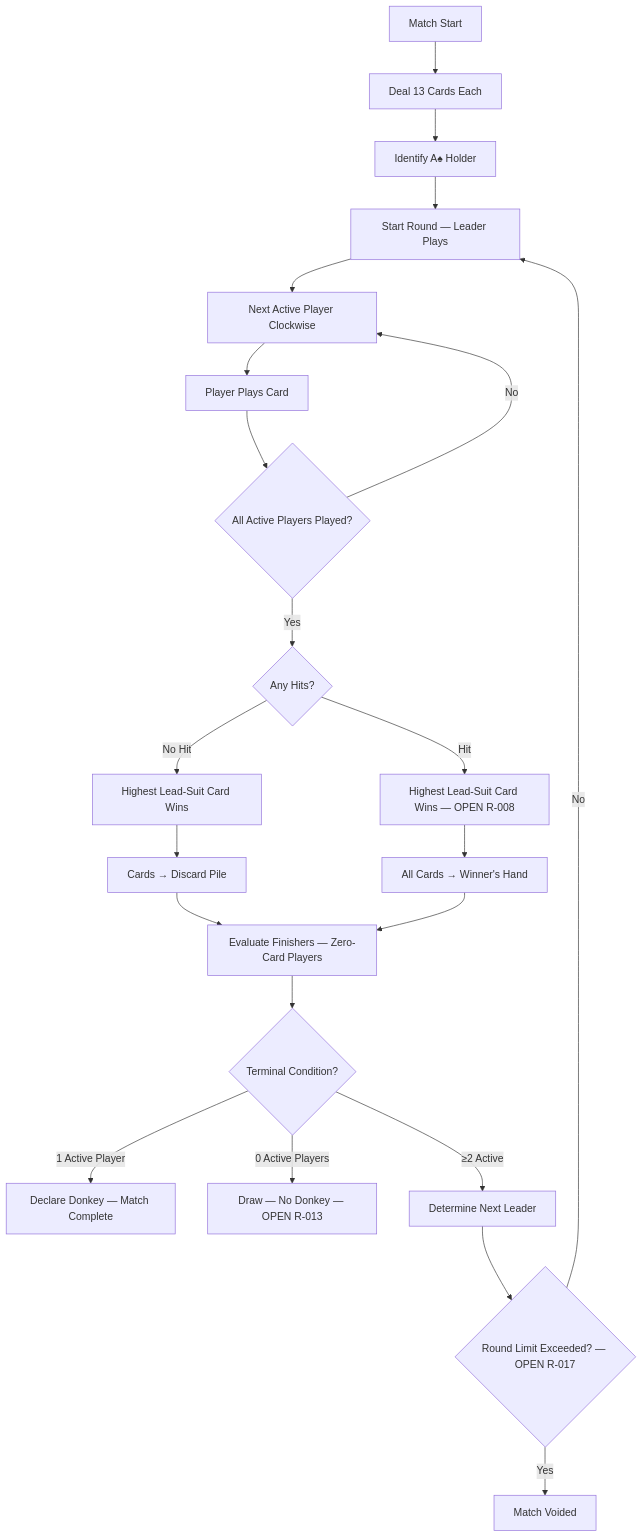
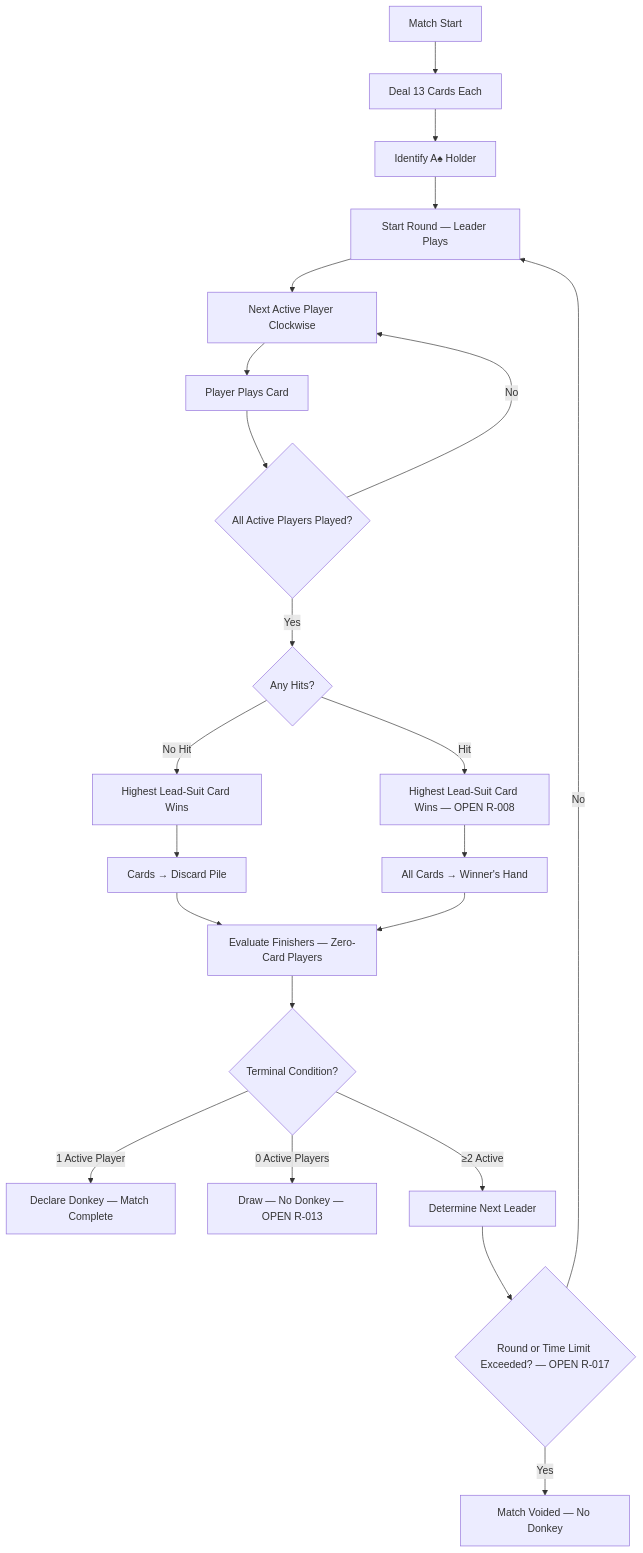
One commit to vishnumkumar/donkey-multiplayer changed the diagram in docs/03-canonical-ruleset-v1-draft.md. Above: the diagram before and after it, drawn with Mermaid. The commit also changed other lines of this file and 6 other files, not shown here.

````diff
--- a/docs/03-canonical-ruleset-v1-draft.md
+++ b/docs/03-canonical-ruleset-v1-draft.md
@@ -609,31 +609,31 @@
 ```mermaid
 flowchart TD
     START[Match Start] --> DEAL[Deal 13 Cards Each]
     DEAL --> FIND_AS[Identify A♠ Holder]
     FIND_AS --> ROUND_START[Start Round — Leader Plays]
     
     ROUND_START --> NEXT_PLAYER[Next Active Player Clockwise]
     NEXT_PLAYER --> PLAY[Player Plays Card]
     PLAY --> CHECK_COMPLETE{All Active Players Played?}
     CHECK_COMPLETE -->|No| NEXT_PLAYER
     CHECK_COMPLETE -->|Yes| RESOLVE{Any Hits?}
     
     RESOLVE -->|No Hit| NO_HIT[Highest Lead-Suit Card Wins]
     NO_HIT --> DISCARD[Cards → Discard Pile]
     
     RESOLVE -->|Hit| HIT_WIN[Highest Lead-Suit Card Wins — OPEN R-008]
     HIT_WIN --> COLLECT[All Cards → Winner's Hand]
     
     DISCARD --> EVAL_FINISH[Evaluate Finishers — Zero-Card Players]
     COLLECT --> EVAL_FINISH
     
     EVAL_FINISH --> CHECK_TERMINAL{Terminal Condition?}
     
     CHECK_TERMINAL -->|1 Active Player| DONKEY[Declare Donkey — Match Complete]
     CHECK_TERMINAL -->|0 Active Players| DRAW[Draw — No Donkey — OPEN R-013]
     CHECK_TERMINAL -->|≥2 Active| NEXT_LEADER[Determine Next Leader]
     
-    NEXT_LEADER --> WATCHDOG{Round Limit Exceeded? — OPEN R-017}
-    WATCHDOG -->|Yes| VOID[Match Voided]
+    NEXT_LEADER --> WATCHDOG{Round or Time Limit Exceeded? — OPEN R-017}
+    WATCHDOG -->|Yes| VOID[Match Voided — No Donkey]
     WATCHDOG -->|No| ROUND_START
 ```
````
